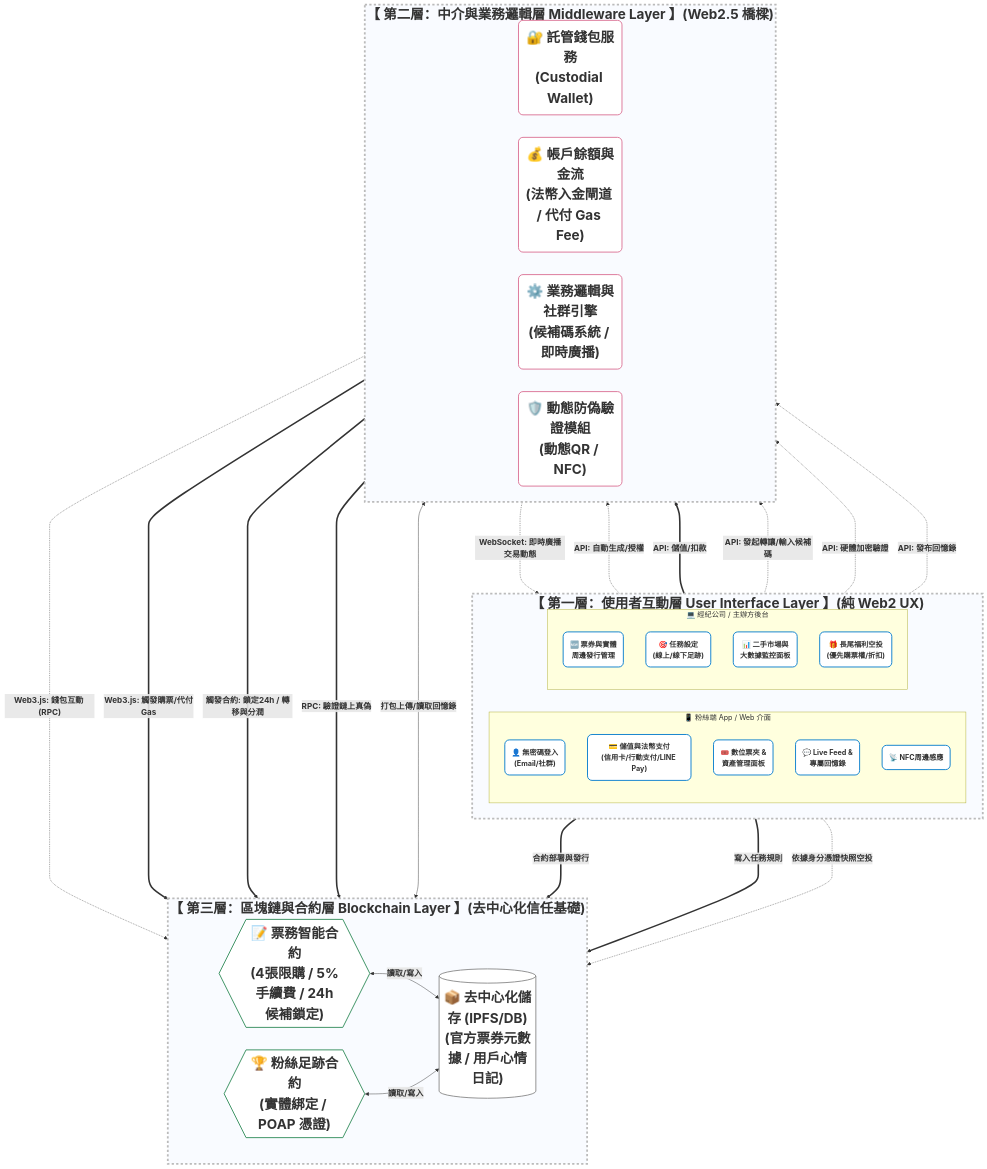
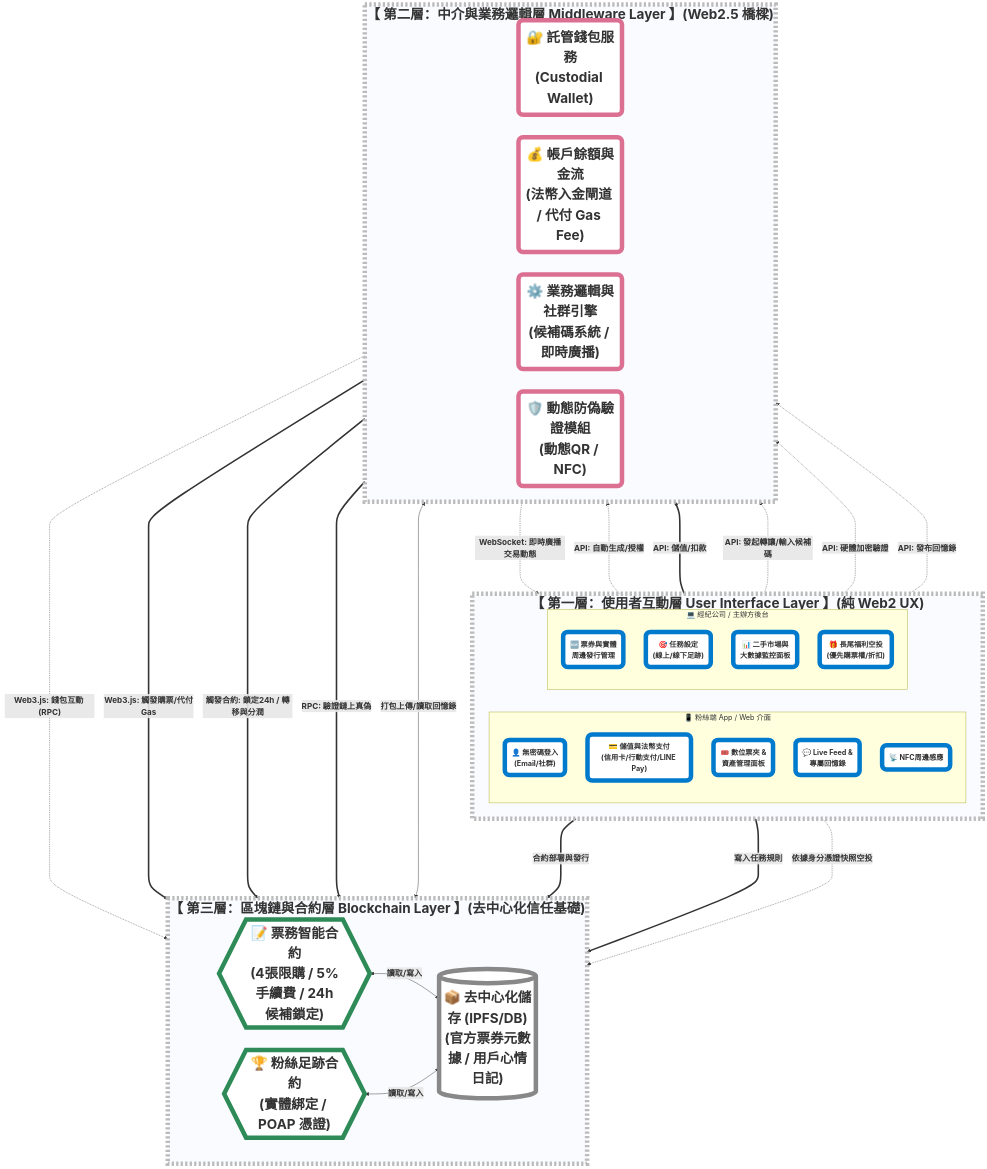
Before and after one commit to zhuang147/Blockchain-fan-economy-document: the diagram in New system architecture diagram.md, drawn with Mermaid.

Commit message:
Update New system architecture diagram.md

```diff
--- a/New system architecture diagram.md
+++ b/New system architecture diagram.md
@@ -4,13 +4,13 @@
     linkStyle default font-size:18px, font-weight:bold;
 
     %% 定義顏色與樣式 (字體全面放大至 26px)
-    classDef uiNode fill:#ffffff,stroke:#007acc,stroke-width:2px,color:#333333,rx:10,ry:10,font-size30px,font-weight:bold
-    classDef midNode fill:#ffffff,stroke:#db7093,stroke-width:2px,color:#333333,rx:10,ry:10,font-size:30px,font-weight:bold
-    classDef blockNode fill:#ffffff,stroke:#2e8b57,stroke-width:2px,color:#333333,rx:10,ry:10,font-size:30px,font-weight:bold
-    classDef storageNode fill:#ffffff,stroke:#888888,stroke-width:2px,color:#333333,rx:10,ry:10,font-size:30px,font-weight:bold
+    classDef uiNode fill:#ffffff,stroke:#007acc,stroke-width:10px,color:#333333,rx:10,ry:10,font-size30px,font-weight:bold
+    classDef midNode fill:#ffffff,stroke:#db7093,stroke-width:10px,color:#333333,rx:10,ry:10,font-size:30px,font-weight:bold
+    classDef blockNode fill:#ffffff,stroke:#2e8b57,stroke-width:10px,color:#333333,rx:10,ry:10,font-size:30px,font-weight:bold
+    classDef storageNode fill:#ffffff,stroke:#888888,stroke-width:10px,color:#333333,rx:10,ry:10,font-size:30px,font-weight:bold
     
     %% 外層標題樣式 (字體放大至 26px)
-    classDef layerStyle fill:#f9fbff,stroke:#bbbbbb,stroke-width:4px,stroke-dasharray: 5 5,font-size:30px,font-weight:bold
+    classDef layerStyle fill:#f9fbff,stroke:#bbbbbb,stroke-width:10px,stroke-dasharray: 5 5,font-size:30px,font-weight:bold
 
     %% 第一層：使用者互動層
     subgraph Layer1 ["【 第一層：使用者互動層 User Interface Layer 】(純 Web2 UX)"]
```
